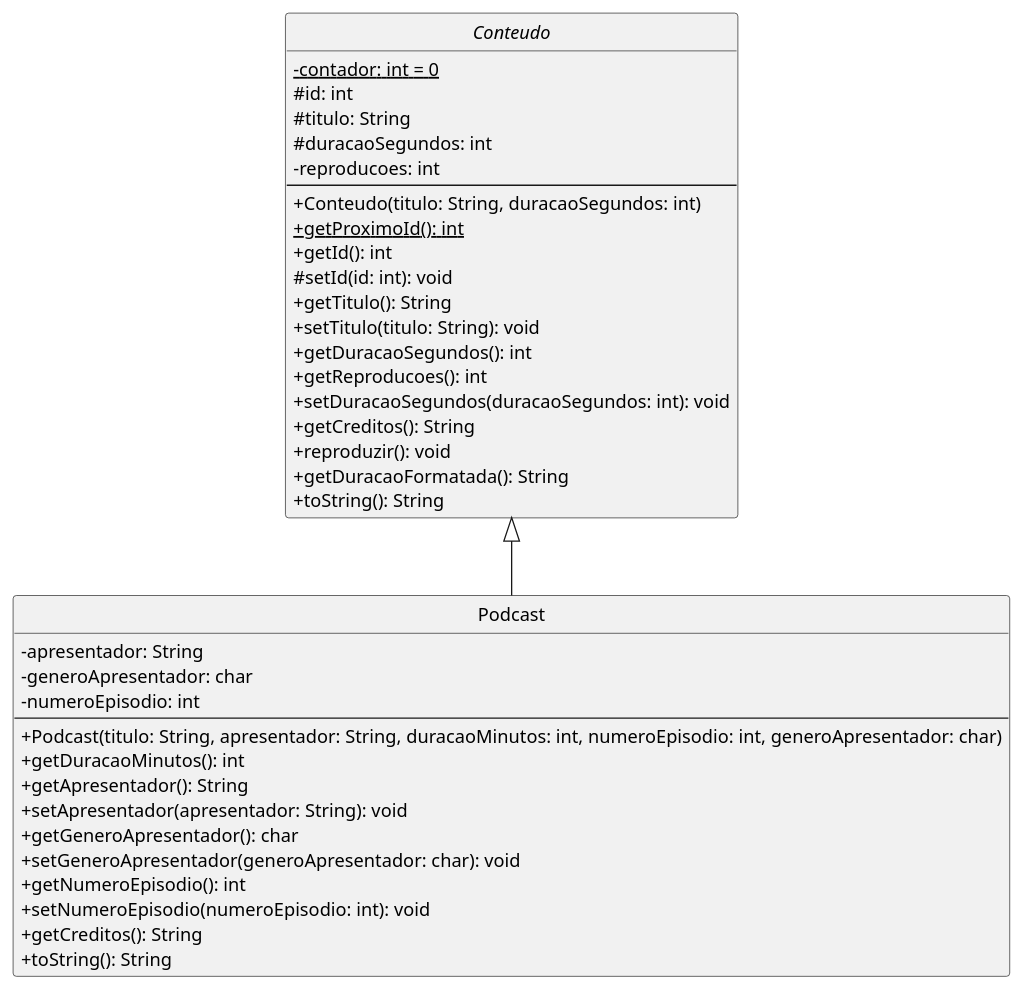
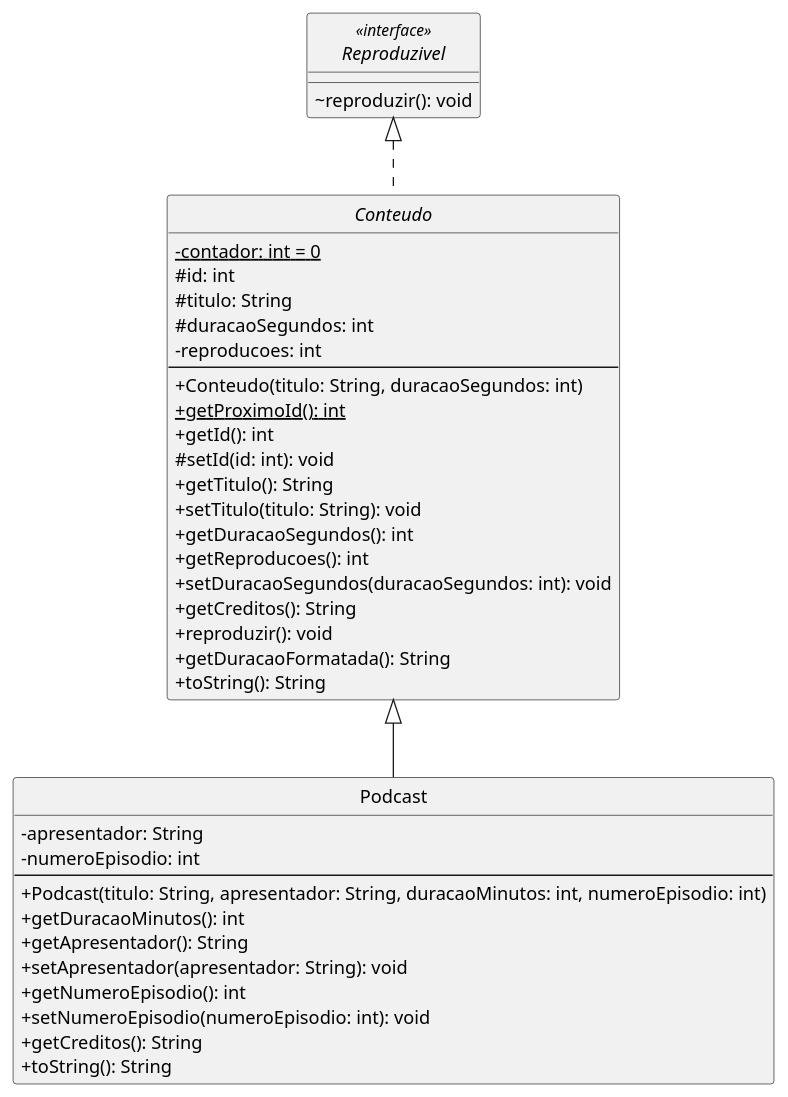
The diagram in docs/pumls/models/Podcast.puml (viictor-h-amaral/FaculBCC), drawn with PlantUML before and after one commit. The commit also changed other lines of this file and 10 other files, not shown here.

Commit message:
Ajuste do diagrama de classes (final) de display do projeto. Apenas arquivos .puml

```diff
--- a/docs/pumls/models/Podcast.puml
+++ b/docs/pumls/models/Podcast.puml
@@ -3,44 +6,45 @@
-@startuml "Podcast class"
+@startuml
 skinparam classAttributeIconSize 0
 hide circle
 
-abstract class Conteudo {
+interface Reproduzivel <<interface>> {
+  ~reproduzir(): void
+}
+
+abstract class Conteudo implements Reproduzivel {
   -{static} contador: int = 0
   #id: int
   #titulo: String
   #duracaoSegundos: int
   -reproducoes: int
   --
   +Conteudo(titulo: String, duracaoSegundos: int)
   +{static} getProximoId(): int
   +getId(): int
   #setId(id: int): void
   +getTitulo(): String
   +setTitulo(titulo: String): void
   +getDuracaoSegundos(): int
   +getReproducoes(): int
   +setDuracaoSegundos(duracaoSegundos: int): void
   +getCreditos(): String
   +reproduzir(): void
   +getDuracaoFormatada(): String
   +toString(): String
 }
 
 class Podcast extends Conteudo {
   -apresentador: String
-  -generoApresentador: char
   -numeroEpisodio: int
   --
-  +Podcast(titulo: String, apresentador: String, duracaoMinutos: int, numeroEpisodio: int, generoApresentador: char)
+  +Podcast(titulo: String, apresentador: String, duracaoMinutos: int, numeroEpisodio: int)
   +getDuracaoMinutos(): int
   +getApresentador(): String
   +setApresentador(apresentador: String): void
-  +getGeneroApresentador(): char
-  +setGeneroApresentador(generoApresentador: char): void
   +getNumeroEpisodio(): int
   +setNumeroEpisodio(numeroEpisodio: int): void
   +getCreditos(): String
   +toString(): String
 }
 
 @enduml
```
